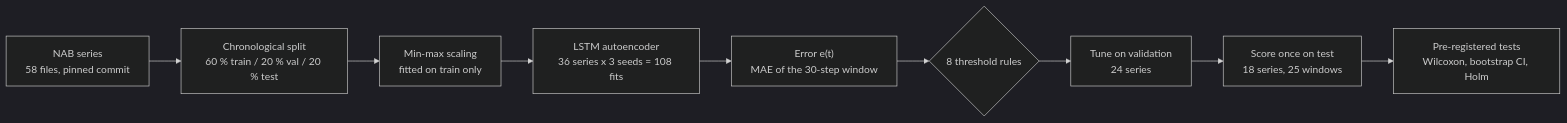
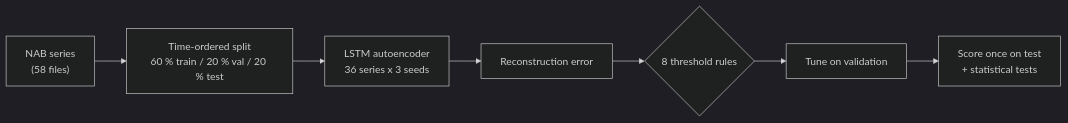
One commit to zain0254/DSTT-Anomaly-Detection changed the diagram in README.md. Above: the diagram before and after it, drawn with Mermaid (dark theme). The commit also changed other lines of this file and 51 other files, not shown here.

````diff
--- a/README.md
+++ b/README.md
@@ -43,11 +40,9 @@
 ```mermaid
 flowchart LR
-    A["NAB series<br/>58 files, pinned commit"] --> B["Chronological split<br/>60 % train / 20 % val / 20 % test"]
-    B --> C["Min-max scaling<br/>fitted on train only"]
-    C --> D["LSTM autoencoder<br/>36 series x 3 seeds = 108 fits"]
-    D --> E["Error e(t)<br/>MAE of the 30-step window"]
-    E --> F{"8 threshold rules"}
-    F --> G["Tune on validation<br/>24 series"]
-    G --> H["Score once on test<br/>18 series, 25 windows"]
-    H --> I["Pre-registered tests<br/>Wilcoxon, bootstrap CI, Holm"]
+    A["NAB series<br/>(58 files)"] --> B["Time-ordered split<br/>60 % train / 20 % val / 20 % test"]
+    B --> C["LSTM autoencoder<br/>36 series x 3 seeds"]
+    C --> D["Reconstruction error"]
+    D --> E{"8 threshold rules"}
+    E --> F["Tune on validation"]
+    F --> G["Score once on test<br/>+ statistical tests"]
 ```
````
